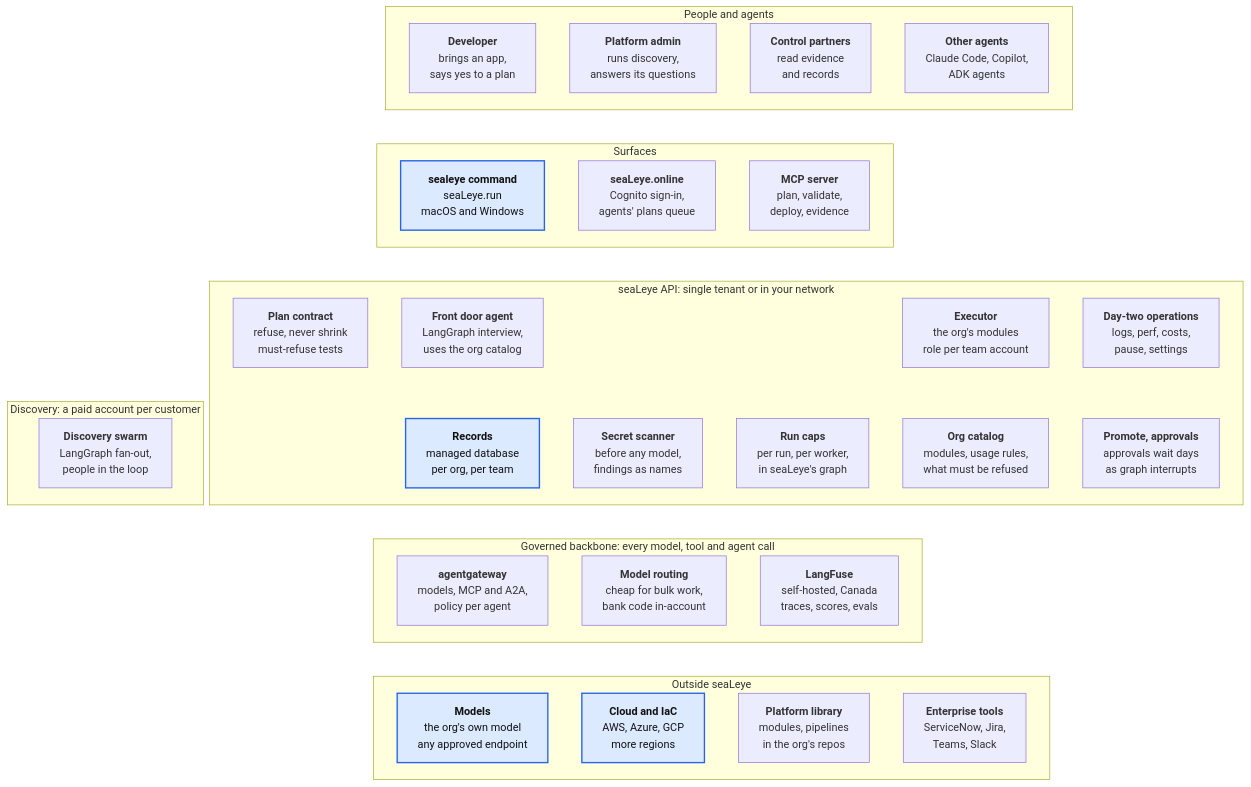
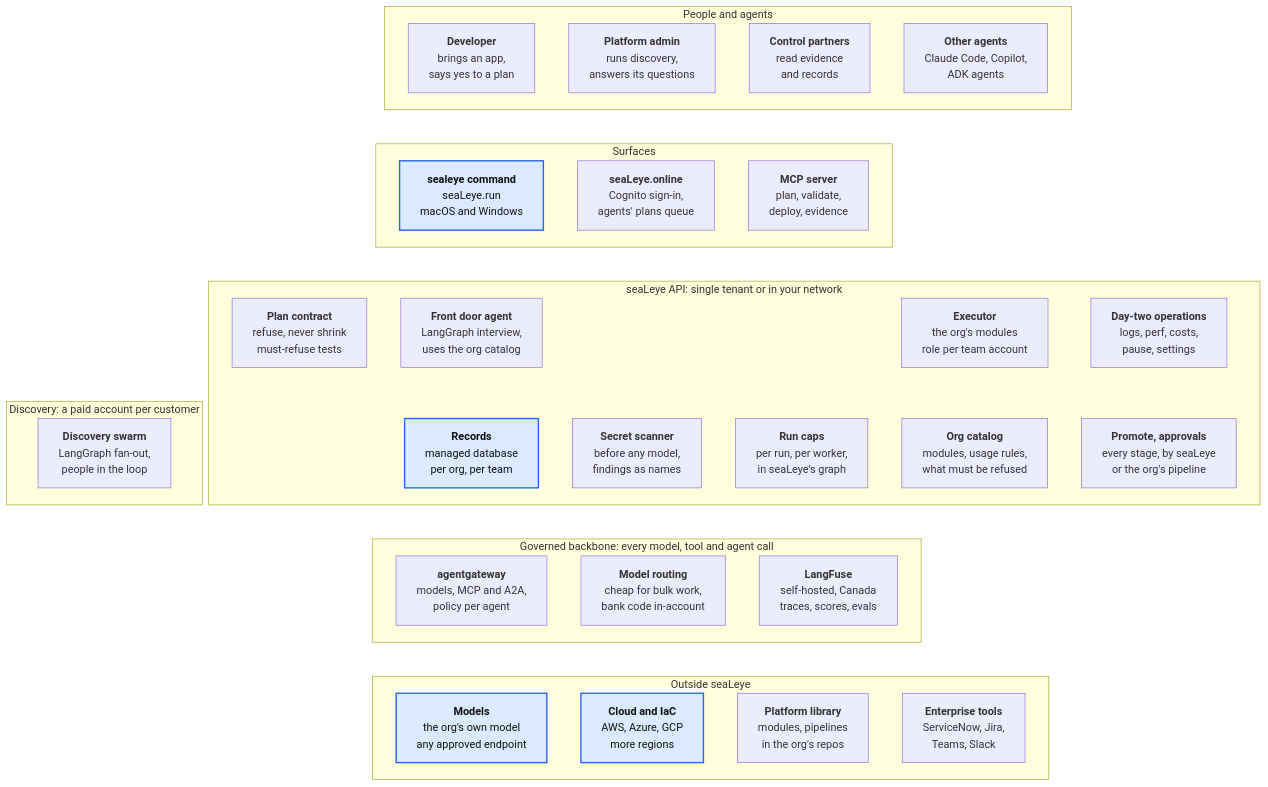
Before and after one commit to GregKliewer/sealeye: diagram 11 of 12 in docs/BUILD-OUT.md, drawn with Mermaid. The commit also changed other lines of this file and 4 other files, not shown here.

First line of the commit message:
Roadmap, build-out, open questions and architecture: every stage past dev

````diff
--- a/docs/BUILD-OUT.md
+++ b/docs/BUILD-OUT.md
@@ -371,49 +374,49 @@
 ```mermaid
 flowchart TB
   subgraph people["People and agents"]
     dev["<b>Developer</b><br/>brings an app,<br/>says yes to a plan"]
     admin["<b>Platform admin</b><br/>runs discovery,<br/>answers its questions"]
     control["<b>Control partners</b><br/>read evidence<br/>and records"]
     agents["<b>Other agents</b><br/>Claude Code, Copilot,<br/>ADK agents"]
   end
   subgraph surfaces["Surfaces"]
     cli["<b>sealeye command</b><br/>seaLeye.run<br/>macOS and Windows"]
     portal["<b>seaLeye.online</b><br/>Cognito sign-in,<br/>agents' plans queue"]
     mcp["<b>MCP server</b><br/>plan, validate,<br/>deploy, evidence"]
   end
   dev ~~~ cli
   subgraph api["seaLeye API: single tenant or in your network"]
     frontdoor["<b>Front door agent</b><br/>LangGraph interview,<br/>uses the org catalog"]
     contract["<b>Plan contract</b><br/>refuse, never shrink<br/>must-refuse tests"]
     executor["<b>Executor</b><br/>the org's modules<br/>role per team account"]
     daytwo["<b>Day-two operations</b><br/>logs, perf, costs,<br/>pause, settings"]
     records["<b>Records</b><br/>managed database<br/>per org, per team"]
     scanner["<b>Secret scanner</b><br/>before any model,<br/>findings as names"]
     caps["<b>Run caps</b><br/>per run, per worker,<br/>in seaLeye's graph"]
     catalog["<b>Org catalog</b><br/>modules, usage rules,<br/>what must be refused"]
-    promote["<b>Promote, approvals</b><br/>approvals wait days<br/>as graph interrupts"]
+    promote["<b>Promote, approvals</b><br/>every stage, by seaLeye<br/>or the org's pipeline"]
   end
   subgraph discoveryacct["Discovery: a paid account per customer"]
     discovery["<b>Discovery swarm</b><br/>LangGraph fan-out,<br/>people in the loop"]
   end
   frontdoor ~~~ records
   contract ~~~ discovery
   executor ~~~ catalog
   daytwo ~~~ promote
   cli ~~~ frontdoor
   subgraph backbone["Governed backbone: every model, tool and agent call"]
     gateway["<b>agentgateway</b><br/>models, MCP and A2A,<br/>policy per agent"]
     routing["<b>Model routing</b><br/>cheap for bulk work,<br/>bank code in-account"]
     langfuse["<b>LangFuse</b><br/>self-hosted, Canada<br/>traces, scores, evals"]
   end
   records ~~~ gateway
   subgraph outside["Outside seaLeye"]
     models["<b>Models</b><br/>the org's own model<br/>any approved endpoint"]
     cloud["<b>Cloud and IaC</b><br/>AWS, Azure, GCP<br/>more regions"]
     library["<b>Platform library</b><br/>modules, pipelines<br/>in the org's repos"]
     tools["<b>Enterprise tools</b><br/>ServiceNow, Jira,<br/>Teams, Slack"]
   end
   gateway ~~~ models
   classDef new fill:#dbeafe,stroke:#2563eb,stroke-width:2px,color:#111
   class cli,cloud,models,records new
 ```
````
